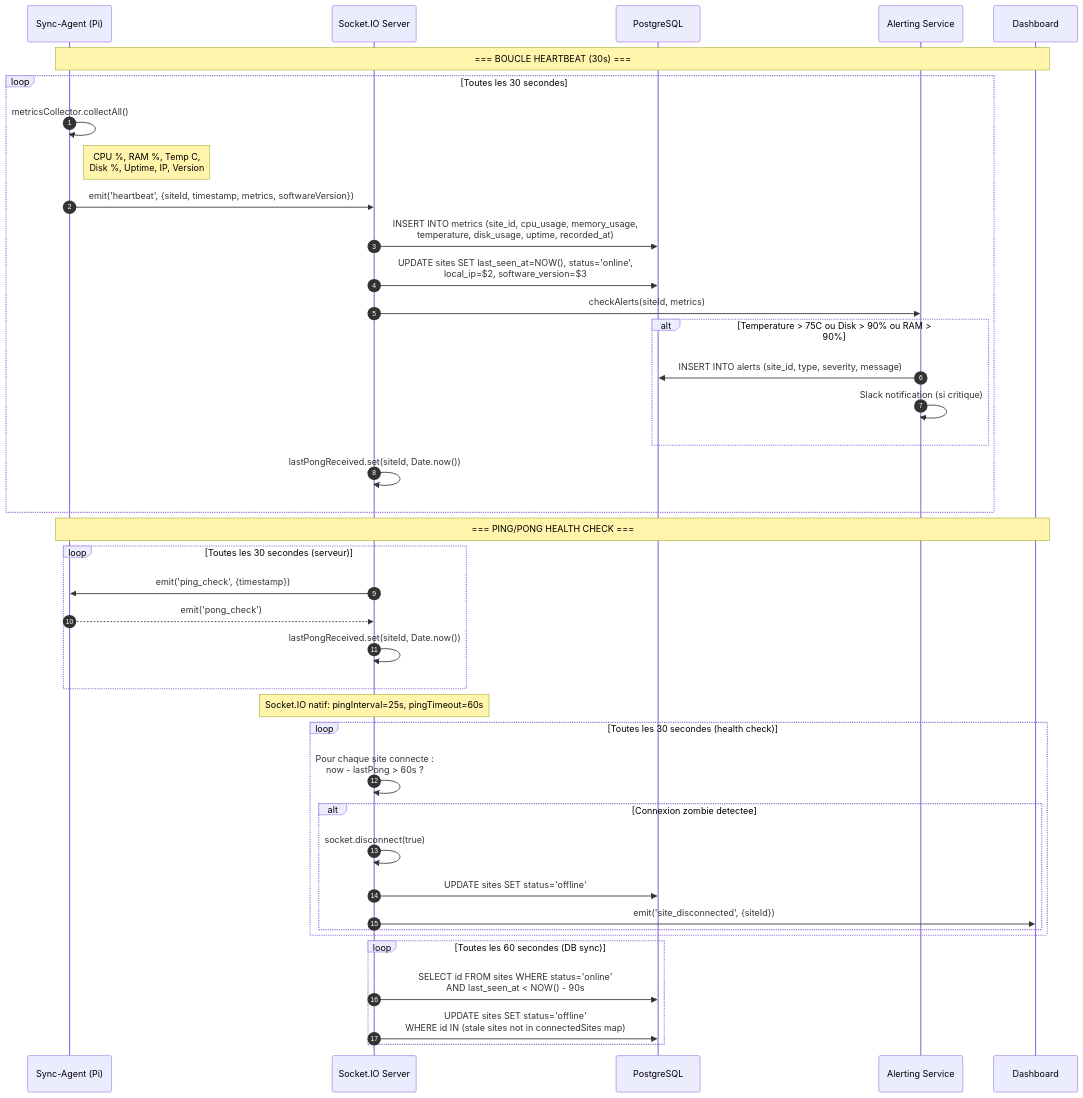
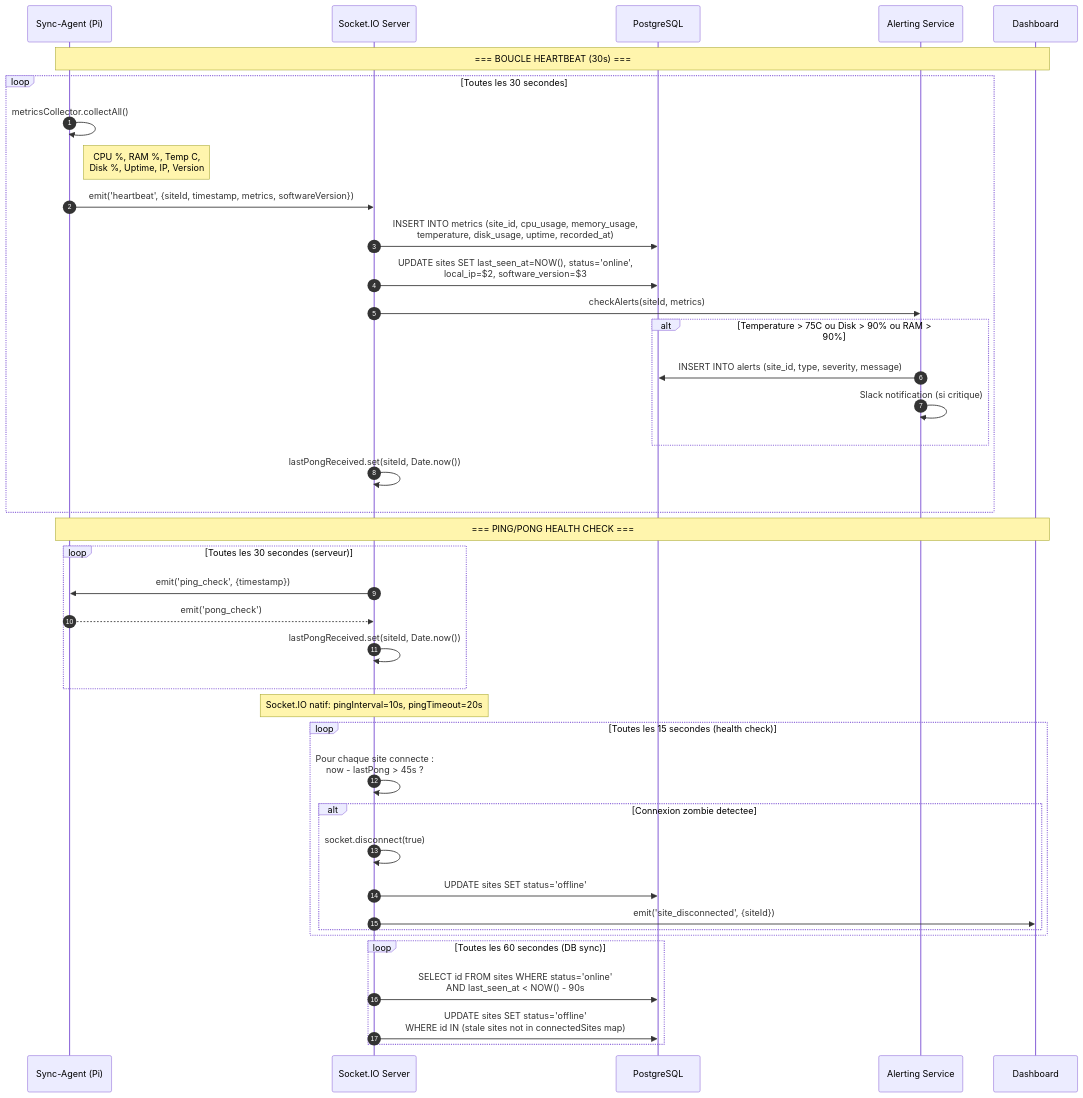
Before and after one commit to Tallec7/madxp: the third of 6 diagrams in docs/technical/diagrams/02-sync-pi-cloud-sequence.md, drawn with Mermaid. The commit also changed 11 other files, not shown here.

````diff
--- a/docs/technical/diagrams/02-sync-pi-cloud-sequence.md
+++ b/docs/technical/diagrams/02-sync-pi-cloud-sequence.md
@@ -85,53 +85,53 @@
 ```mermaid
 sequenceDiagram
     autonumber
     participant Pi as Sync-Agent (Pi)
     participant WS as Socket.IO Server
     participant DB as PostgreSQL
     participant Alert as Alerting Service
     participant Dash as Dashboard
 
     Note over Pi,Dash: === BOUCLE HEARTBEAT (30s) ===
 
     loop Toutes les 30 secondes
         Pi->>Pi: metricsCollector.collectAll()
         Note right of Pi: CPU %, RAM %, Temp C,<br/>Disk %, Uptime, IP, Version
 
         Pi->>WS: emit('heartbeat', {siteId, timestamp, metrics, softwareVersion})
 
         WS->>DB: INSERT INTO metrics (site_id, cpu_usage, memory_usage,<br/>temperature, disk_usage, uptime, recorded_at)
         WS->>DB: UPDATE sites SET last_seen_at=NOW(), status='online',<br/>local_ip=$2, software_version=$3
 
         WS->>Alert: checkAlerts(siteId, metrics)
         alt Temperature > 75C ou Disk > 90% ou RAM > 90%
             Alert->>DB: INSERT INTO alerts (site_id, type, severity, message)
             Alert->>Alert: Slack notification (si critique)
         end
 
         WS->>WS: lastPongReceived.set(siteId, Date.now())
     end
 
     Note over Pi,Dash: === PING/PONG HEALTH CHECK ===
 
     loop Toutes les 30 secondes (serveur)
         WS->>Pi: emit('ping_check', {timestamp})
         Pi-->>WS: emit('pong_check')
         WS->>WS: lastPongReceived.set(siteId, Date.now())
     end
 
-    Note over WS: Socket.IO natif: pingInterval=25s, pingTimeout=60s
+    Note over WS: Socket.IO natif: pingInterval=10s, pingTimeout=20s
 
-    loop Toutes les 30 secondes (health check)
-        WS->>WS: Pour chaque site connecte :<br/>now - lastPong > 60s ?
+    loop Toutes les 15 secondes (health check)
+        WS->>WS: Pour chaque site connecte :<br/>now - lastPong > 45s ?
         alt Connexion zombie detectee
             WS->>WS: socket.disconnect(true)
             WS->>DB: UPDATE sites SET status='offline'
             WS->>Dash: emit('site_disconnected', {siteId})
         end
     end
 
     loop Toutes les 60 secondes (DB sync)
         WS->>DB: SELECT id FROM sites WHERE status='online'<br/>AND last_seen_at < NOW() - 90s
         WS->>DB: UPDATE sites SET status='offline'<br/>WHERE id IN (stale sites not in connectedSites map)
     end
 ```
````
